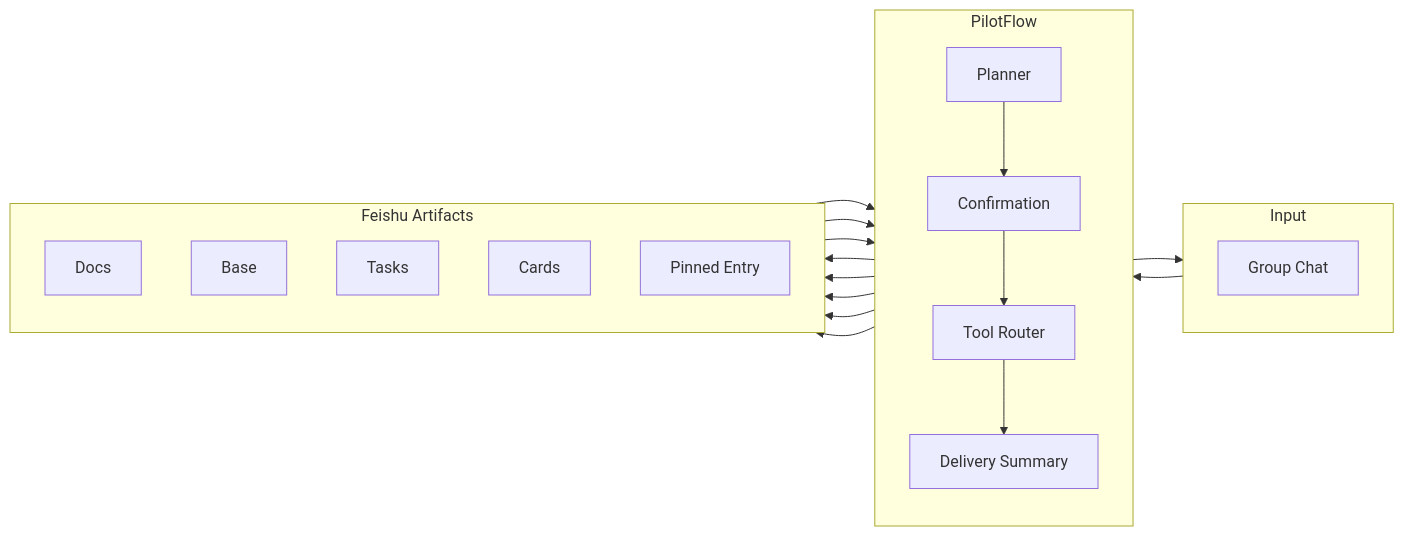
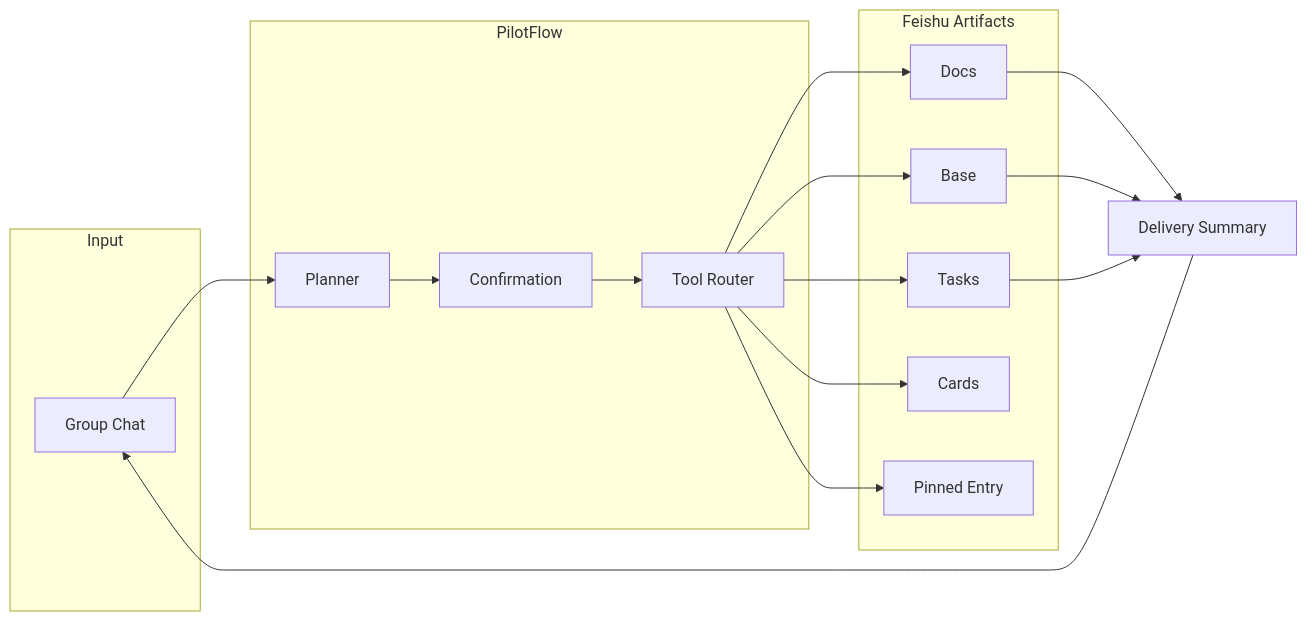
Before and after one commit to DeliciousBuding/pilot-flow: the second of 2 diagrams in README_EN.md, drawn with Mermaid. The commit also changed 1 other file, not shown here.

Commit message:
docs: revert architecture diagram to previous layout

````diff
--- a/README_EN.md
+++ b/README_EN.md
@@ -81,36 +81,30 @@
 ```mermaid
 flowchart LR
     subgraph Input
-        direction TB
         IM["Group Chat"]
     end
 
     subgraph PilotFlow
-        direction TB
-        Planner["Planner"]
-        Confirm["Confirmation"]
-        Router["Tool Router"]
-        Summary["Delivery Summary"]
-        Planner --> Confirm --> Router --> Summary
+        Planner["Planner"] --> Confirm["Confirmation"]
+        Confirm --> Router["Tool Router"]
     end
 
     subgraph Feishu Artifacts
-        direction TB
         Doc["Docs"]
         Base["Base"]
         Task["Tasks"]
         Card["Cards"]
         Entry["Pinned Entry"]
     end
 
     IM --> Planner
     Router --> Doc
     Router --> Base
     Router --> Task
     Router --> Card
     Router --> Entry
-    Doc --> Summary
+    Doc --> Summary["Delivery Summary"]
     Base --> Summary
     Task --> Summary
     Summary --> IM
 ```
````
